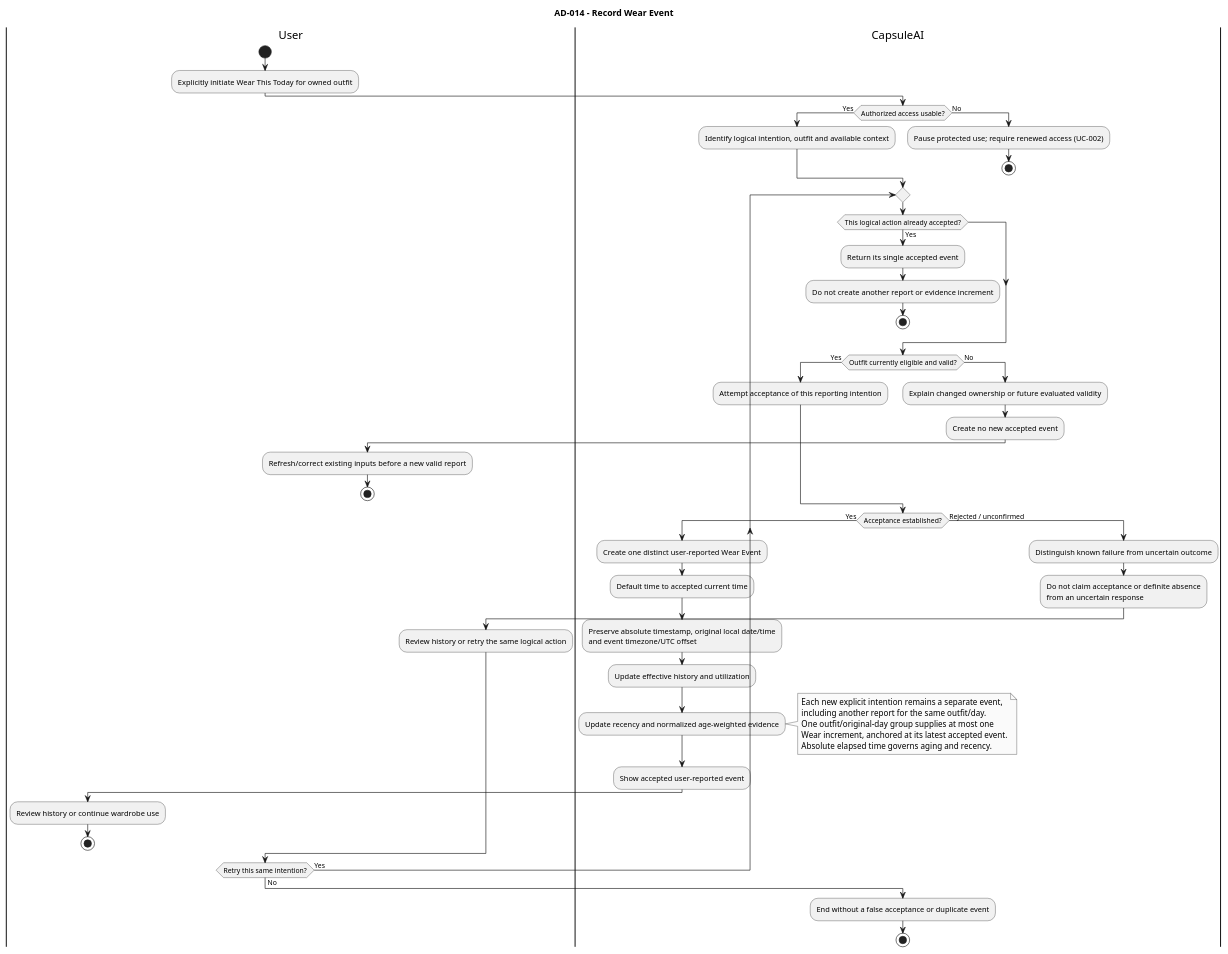
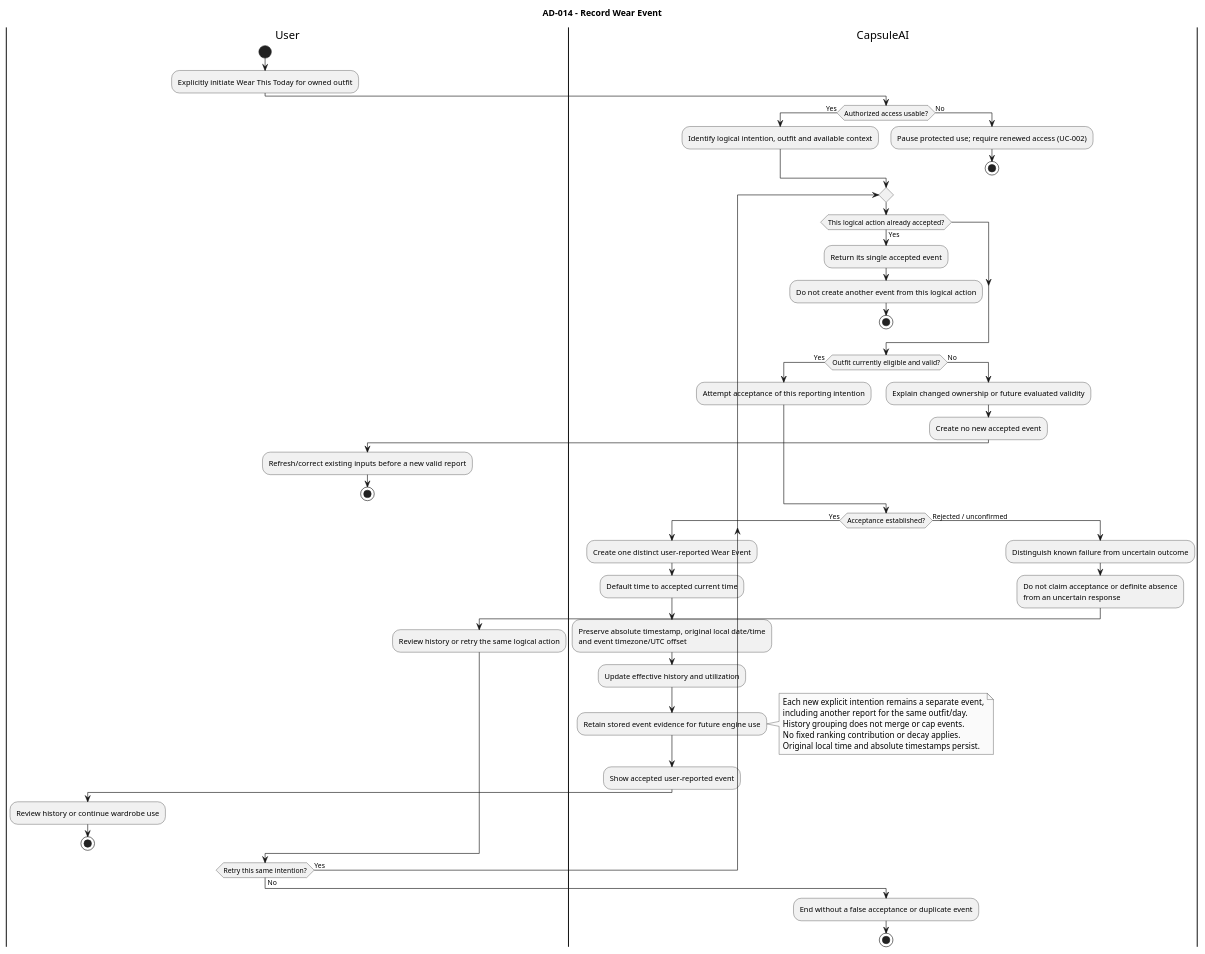
The diagram in docs/03-requirements/activity-diagrams/AD-014-record-wear-event.puml (luubinhdeptrai/CapsuleAI), drawn with PlantUML before and after one commit. The commit also changed 89 other files, not shown here.

```diff
--- a/docs/03-requirements/activity-diagrams/AD-014-record-wear-event.puml
+++ b/docs/03-requirements/activity-diagrams/AD-014-record-wear-event.puml
@@ -1,77 +1,77 @@
 @startuml
 ' Final property-model decision: no current readiness algorithm or category-role mapping.
 ' Future evaluation branches require approved engine policy; no removed fields are required.
 ' Source Use Case: UC-014 — Record Wear Event
 ' Primary Specification: ../use-cases/UC-014-record-wear-event.md
 ' Supporting Authorities: ../SRS.md (v0.3); ../business-rules.md (v0.1.2)
 ' Business/Product: ../../01-business/BRD.md (v0.3); ../../02-product/PRD.md (v0.2)
 ' Master Actors/Scope: ../use-cases/use-case-diagram.puml
 ' Process Authority: ../../../Initial files/CapsuleAI_Scrum_Development_Workflow.md, Sections 11, 39–42, 46
 ' Version: 0.1; Status: Baseline Draft
 ' SRS trace: FR-WEAR-001, FR-WEAR-002, FR-WEAR-003, FR-WEAR-004, FR-WEAR-009, FR-WEAR-010, FR-WEAR-011, DATA-WEAR-002, DATA-INT-004, ERR-WEAR-001
 ' Rule trace: BRULE-AUTH-001, BRULE-WEAR-001, BRULE-WEAR-002, BRULE-WEAR-003, BRULE-WEAR-006, BRULE-PERS-005
 ' Flow coverage: UC Sections 6–10; alternatives and failures retain their textual meaning.
 ' The textual Use Case Specification remains the normative behavioral source.
 
 title AD-014 - Record Wear Event
 skinparam monochrome true
 skinparam shadowing false
 
 |User|
 start
 :Explicitly initiate Wear This Today for owned outfit;
 |CapsuleAI|
 if (Authorized access usable?) then (Yes)
     :Identify logical intention, outfit and available context;
 else (No)
     :Pause protected use; require renewed access (UC-002);
     stop
 endif
 repeat
     if (This logical action already accepted?) then (Yes)
         :Return its single accepted event;
-        :Do not create another report or evidence increment;
+        :Do not create another event from this logical action;
         stop
     endif
     if (Outfit currently eligible and valid?) then (Yes)
         :Attempt acceptance of this reporting intention;
     else (No)
         :Explain changed ownership or future evaluated validity;
         :Create no new accepted event;
         |User|
         :Refresh/correct existing inputs before a new valid report;
         stop
     endif
     |CapsuleAI|
     if (Acceptance established?) then (Yes)
         :Create one distinct user-reported Wear Event;
         :Default time to accepted current time;
         :Preserve absolute timestamp, original local date/time
 and event timezone/UTC offset;
         :Update effective history and utilization;
-        :Update recency and normalized age-weighted evidence;
+        :Retain stored event evidence for future engine use;
         note right
           Each new explicit intention remains a separate event,
           including another report for the same outfit/day.
-          One outfit/original-day group supplies at most one
-          Wear increment, anchored at its latest accepted event.
-          Absolute elapsed time governs aging and recency.
+          History grouping does not merge or cap events.
+          No fixed ranking contribution or decay applies.
+          Original local time and absolute timestamps persist.
         end note
         :Show accepted user-reported event;
         |User|
         :Review history or continue wardrobe use;
         stop
     else (Rejected / unconfirmed)
         |CapsuleAI|
         :Distinguish known failure from uncertain outcome;
         :Do not claim acceptance or definite absence
 from an uncertain response;
         |User|
         :Review history or retry the same logical action;
     endif
 repeat while (Retry this same intention?) is (Yes) not (No)
 |CapsuleAI|
 :End without a false acceptance or duplicate event;
 stop
 
 @enduml
```
